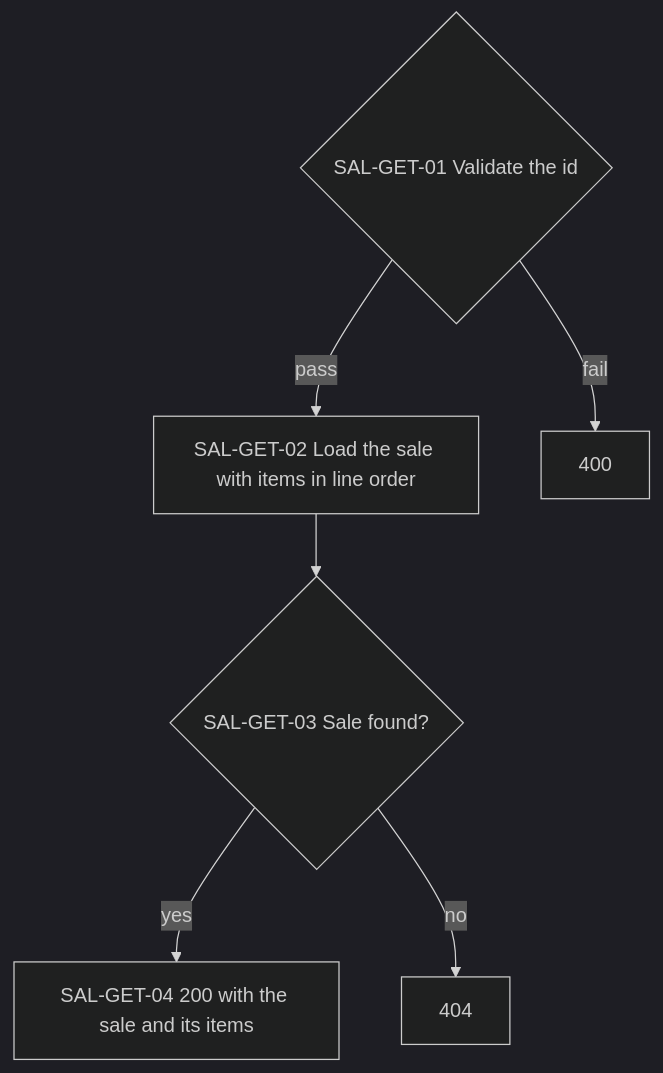
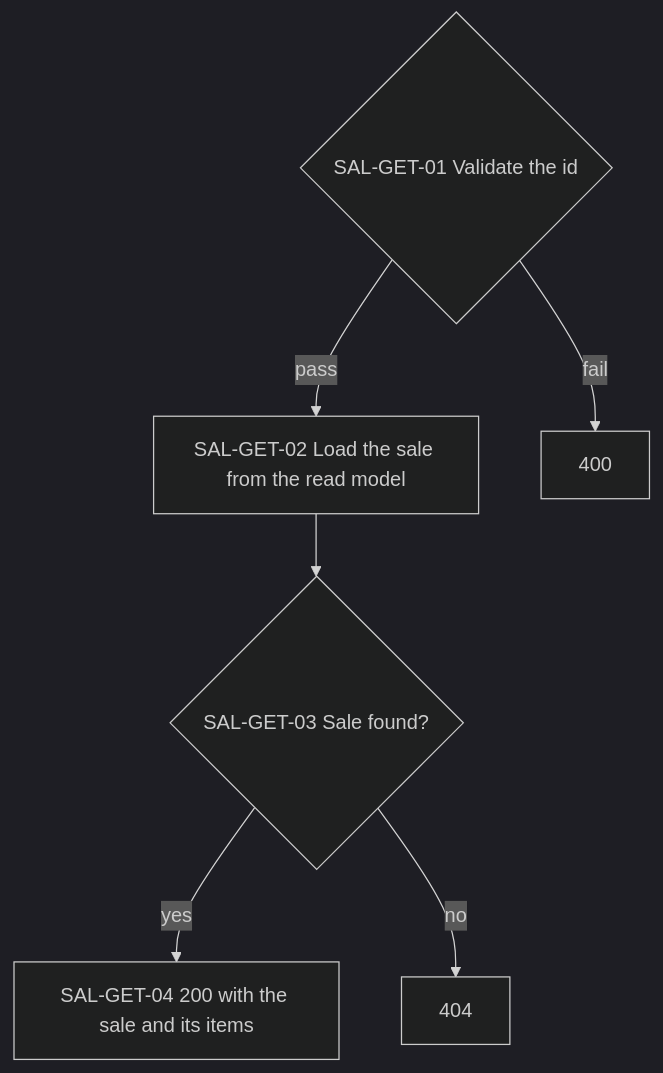
The seventh of 22 diagrams in backend/docs/sales.md (idg2/mouts-backend-challenge), drawn with Mermaid (dark theme) before and after one commit. The commit also changed other lines of this file and 49 other files, not shown here.

Commit message:
feat: serve sale reads from a MongoDB read model fed by the outbox events

````diff
--- a/backend/docs/sales.md
+++ b/backend/docs/sales.md
@@ -245,13 +251,13 @@
 ```mermaid
 flowchart TD
   GET01{"SAL-GET-01 Validate the id"}
-  GET02["SAL-GET-02 Load the sale with items in line order"]
+  GET02["SAL-GET-02 Load the sale from the read model"]
   GET03{"SAL-GET-03 Sale found?"}
   GET04["SAL-GET-04 200 with the sale and its items"]
   E400["400"]
   E404["404"]
   GET01 -->|pass| GET02 --> GET03
   GET01 -->|fail| E400
   GET03 -->|yes| GET04
   GET03 -->|no| E404
 ```
````
